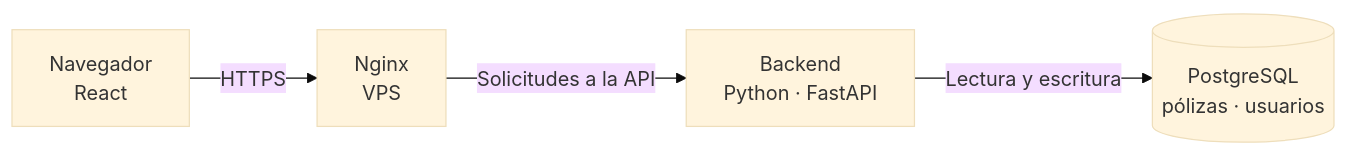
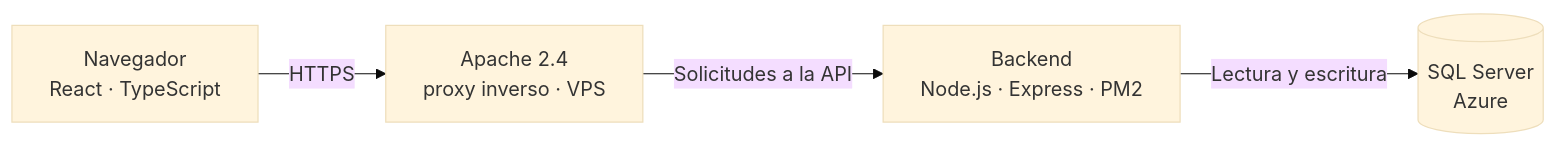
Before and after one commit to deadlyrat/genesis-reporte-manual-showcase: the diagram in README.md, drawn with Mermaid (base theme). The commit also changed other lines of this file, not shown here.

````diff
--- a/README.md
+++ b/README.md
@@ -98,11 +99,11 @@
 ```mermaid
 graph LR
-    USER["Navegador<br/>React"]
-    PROXY["Nginx<br/>VPS"]
-    API["Backend<br/>Python · FastAPI"]
-    DB[("PostgreSQL<br/>pólizas · usuarios")]
+    USER["Navegador<br/>React · TypeScript"]
+    PROXY["Apache 2.4<br/>proxy inverso · VPS"]
+    API["Backend<br/>Node.js · Express · PM2"]
+    DB[("SQL Server<br/>Azure")]
 
     USER -->|"HTTPS"| PROXY
     PROXY -->|"Solicitudes a la API"| API
     API -->|"Lectura y escritura"| DB
 ```
````
